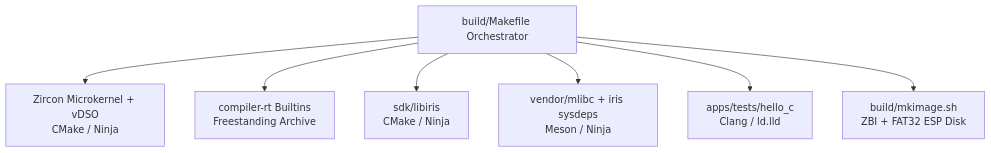
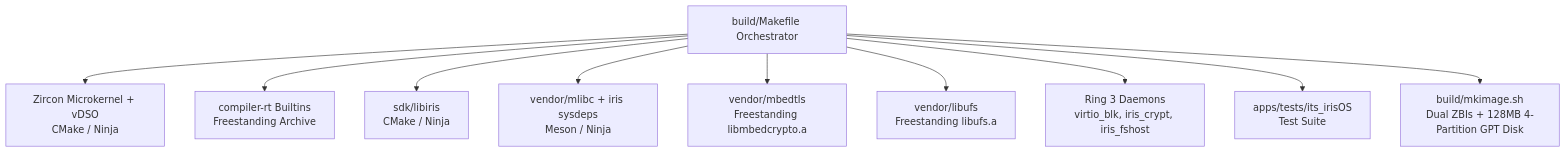
One commit to stirbeiu/irisOS changed the diagram in docs/build_system.md. Above: the diagram before and after it, drawn with Mermaid. The commit also changed other lines of this file and 12 other files, not shown here.

````diff
--- a/docs/build_system.md
+++ b/docs/build_system.md
@@ -7,9 +7,12 @@
 ```mermaid
 flowchart TD
     Master[build/Makefile Orchestrator] --> Zircon[Zircon Microkernel + vDSO\nCMake / Ninja]
     Master --> CompilerRT[compiler-rt Builtins\nFreestanding Archive]
     Master --> LibIris[sdk/libiris\nCMake / Ninja]
     Master --> MLibc[vendor/mlibc + iris sysdeps\nMeson / Ninja]
-    Master --> UserApps[apps/tests/hello_c\nClang / ld.lld]
-    Master --> MkImage[build/mkimage.sh\nZBI + FAT32 ESP Disk]
+    Master --> MbedTLS[vendor/mbedtls\nFreestanding libmbedcrypto.a]
+    Master --> LibUFS[vendor/libufs\nFreestanding libufs.a]
+    Master --> Servers[Ring 3 Daemons\nvirtio_blk, iris_crypt, iris_fshost]
+    Master --> Tests[apps/tests/its_irisOS\nTest Suite]
+    Master --> MkImage[build/mkimage.sh\nDual ZBIs + 128MB 4-Partition GPT Disk]
 ```
````
